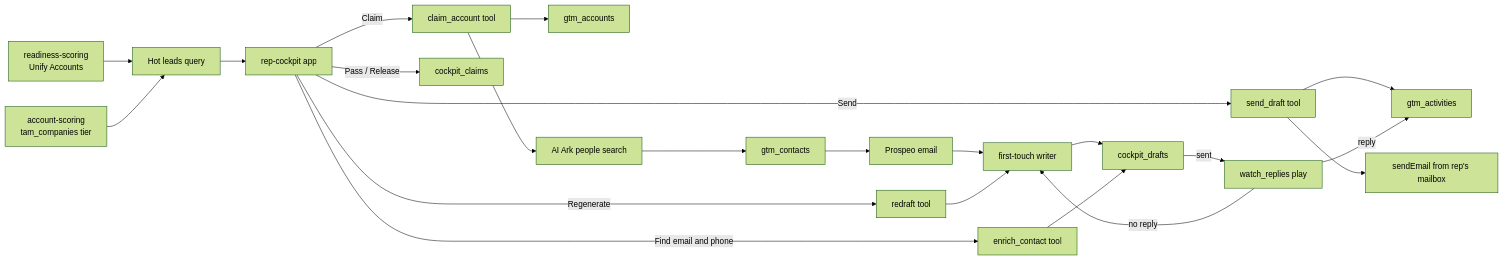
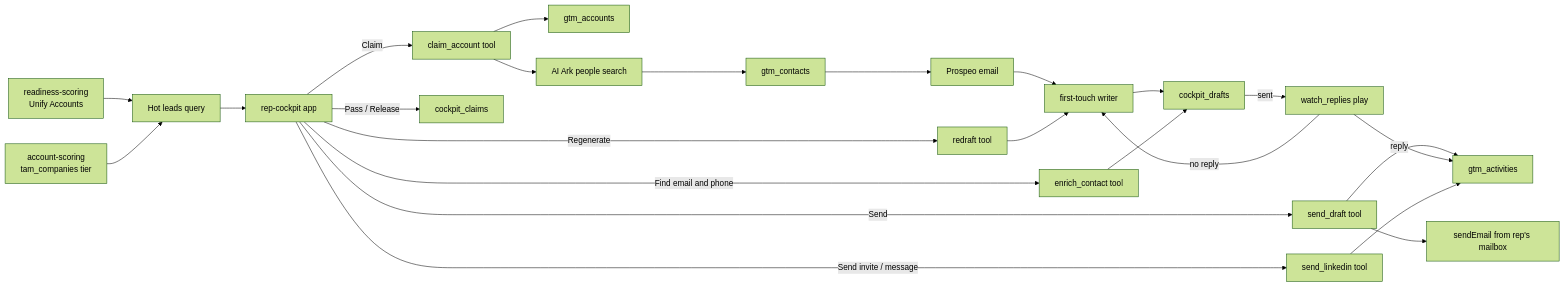
The diagram in rep-cockpit/README.md (getcargohq/gtm-skills), drawn with Mermaid (forest theme) before and after one commit. The commit also changed other lines of this file and 19 other files, not shown here.

````diff
--- a/rep-cockpit/README.md
+++ b/rep-cockpit/README.md
@@ -53,19 +58,21 @@
 ```mermaid
 flowchart LR
   ra[readiness-scoring<br/>Unify Accounts] --> q[Hot leads query]
   as[account-scoring<br/>tam_companies tier] --> q
   q --> app[rep-cockpit app]
   app -- Claim --> claim[claim_account tool]
   claim --> acc[gtm_accounts]
   claim --> ppl[AI Ark people search] --> con[gtm_contacts]
   con --> mail[Prospeo email] --> w[first-touch writer] --> d[cockpit_drafts]
   app -- Send --> send[send_draft tool]
   send --> se[sendEmail from rep's mailbox]
   send --> act[gtm_activities]
   d -- sent --> watch[watch_replies play]
   watch -- reply --> act
   watch -- no reply --> w
   app -- Regenerate --> rd[redraft tool] --> w
   app -- Find email and phone --> en[enrich_contact tool] --> d
+  app -- Send invite / message --> li[send_linkedin tool]
+  li --> act
   app -- Pass / Release --> cl[cockpit_claims]
 ```
````
